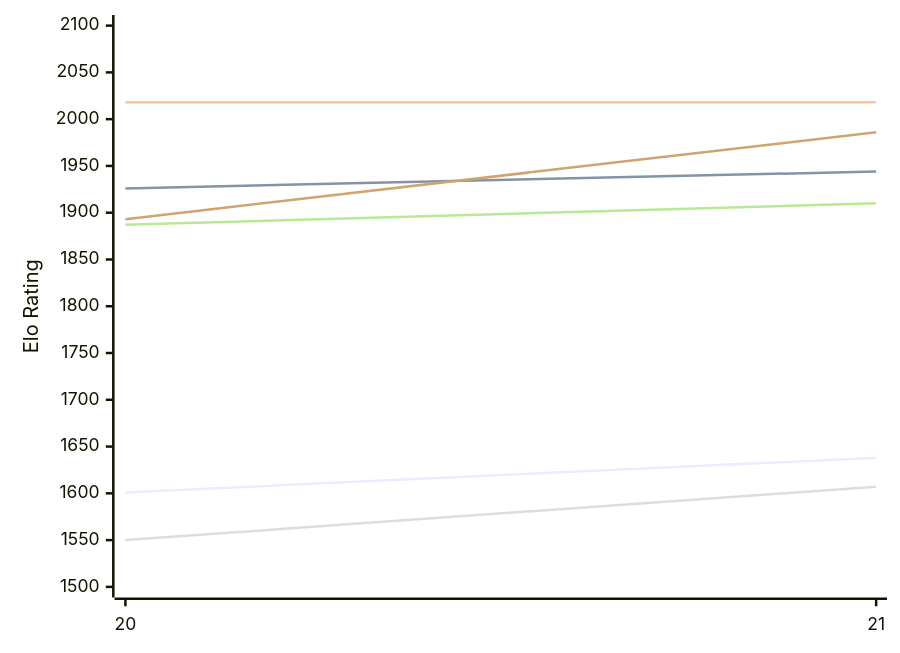
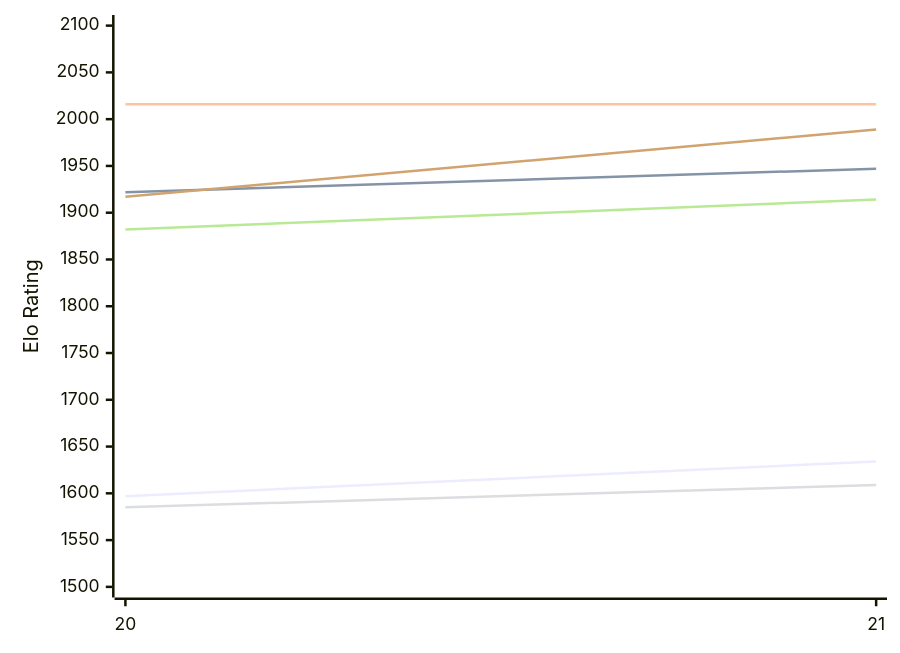
Before and after one commit to computer-chess-index/cci: the first of 2 diagrams in engines/PurplePanda.md, drawn with Mermaid. The commit also changed other lines of this file, not shown here.

Commit message:
Update CCI Ratings (ELO VLTC) - 2026-11-21

````diff
--- a/engines/PurplePanda.md
+++ b/engines/PurplePanda.md
@@ -50,12 +50,12 @@
 ```mermaid
 %%{init: {"theme":"base","themeVariables":{"seriesColors:['#a3a3a3','#222221','#faa371']}}}%%
 xychart-beta
   x-axis ["20", "21"]
   y-axis "Elo Rating" 1500 --> 2100
-  line "E1: STC (8.0+0.08s)" [1601, 1638]
-  line "E1: LTC (60.0+0.60s)" [1926, 1944]
-  line "E1: VLTC (2m24s+1.12s)" [2018, 2018]
-  line "P1: STC (8.0+0.08s)" [1550, 1607]
-  line "P1: LTC (60.0+0.60s)" [1887, 1910]
-  line "P1: VLTC (2m24s+1.12s)" [1893, 1986]
+  line "E1: STC (8.0+0.08s)" [1597, 1634]
+  line "E1: LTC (60.0+0.60s)" [1922, 1947]
+  line "E1: VLTC (2m24s+1.12s)" [2016, 2016]
+  line "P1: STC (8.0+0.08s)" [1585, 1609]
+  line "P1: LTC (60.0+0.60s)" [1882, 1914]
+  line "P1: VLTC (2m24s+1.12s)" [1917, 1989]
 ```
````
